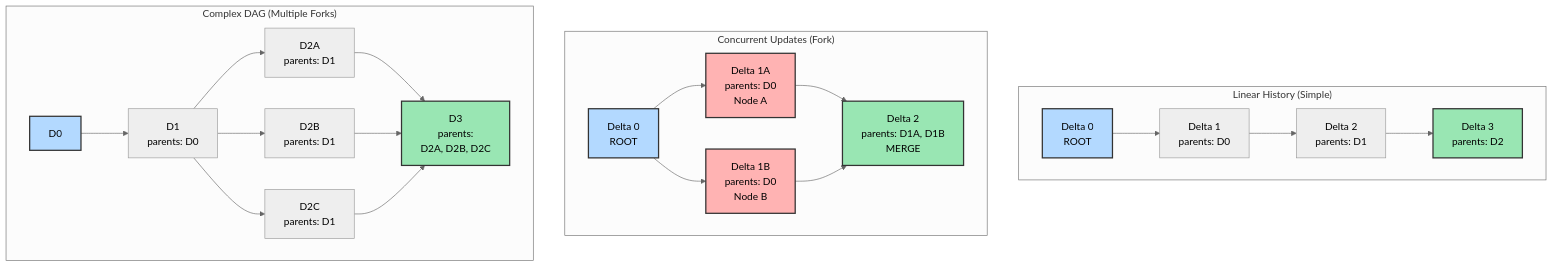
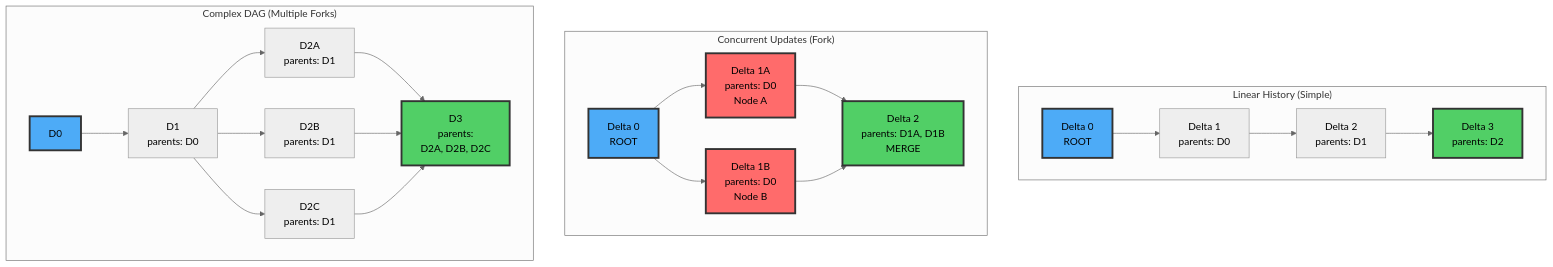
The first of 7 diagrams in crates/dag/README.md (calimero-network/core), drawn with Mermaid (neutral theme) before and after one commit. The commit also changed other lines of this file and 3 other files, not shown here.

First line of the commit message:
docs: improve mermaid diagram accessibility with high-contrast colors

````diff
--- a/crates/dag/README.md
+++ b/crates/dag/README.md
@@ -21,49 +21,49 @@
 ```mermaid
 graph TB
     subgraph "Linear History (Simple)"
         L0[Delta 0<br/>ROOT]
         L1[Delta 1<br/>parents: D0]
         L2[Delta 2<br/>parents: D1]
         L3[Delta 3<br/>parents: D2]
         
         L0 --> L1 --> L2 --> L3
     end
     
     subgraph "Concurrent Updates (Fork)"
         F0[Delta 0<br/>ROOT]
         F1A[Delta 1A<br/>parents: D0<br/>Node A]
         F1B[Delta 1B<br/>parents: D0<br/>Node B]
         F2[Delta 2<br/>parents: D1A, D1B<br/>MERGE]
         
         F0 --> F1A
         F0 --> F1B
         F1A --> F2
         F1B --> F2
     end
     
     subgraph "Complex DAG (Multiple Forks)"
         C0[D0]
         C1[D1<br/>parents: D0]
         C2A[D2A<br/>parents: D1]
         C2B[D2B<br/>parents: D1]
         C2C[D2C<br/>parents: D1]
         C3[D3<br/>parents:<br/>D2A, D2B, D2C]
         
         C0 --> C1
         C1 --> C2A
         C1 --> C2B
         C1 --> C2C
         C2A --> C3
         C2B --> C3
         C2C --> C3
     end
     
-    style L0 fill:#b3d9ff,stroke:#333,stroke-width:2px,color:#000
-    style L3 fill:#99e6b3,stroke:#333,stroke-width:2px,color:#000
-    style F0 fill:#b3d9ff,stroke:#333,stroke-width:2px,color:#000
-    style F1A fill:#ffb3b3,stroke:#333,stroke-width:2px,color:#000
-    style F1B fill:#ffb3b3,stroke:#333,stroke-width:2px,color:#000
-    style F2 fill:#99e6b3,stroke:#333,stroke-width:2px,color:#000
-    style C0 fill:#b3d9ff,stroke:#333,stroke-width:2px,color:#000
-    style C3 fill:#99e6b3,stroke:#333,stroke-width:2px,color:#000
+    style L0 fill:#4DABF7,stroke:#333,stroke-width:3px,color:#000
+    style L3 fill:#51CF66,stroke:#333,stroke-width:3px,color:#000
+    style F0 fill:#4DABF7,stroke:#333,stroke-width:3px,color:#000
+    style F1A fill:#FF6B6B,stroke:#333,stroke-width:3px,color:#000
+    style F1B fill:#FF6B6B,stroke:#333,stroke-width:3px,color:#000
+    style F2 fill:#51CF66,stroke:#333,stroke-width:3px,color:#000
+    style C0 fill:#4DABF7,stroke:#333,stroke-width:3px,color:#000
+    style C3 fill:#51CF66,stroke:#333,stroke-width:3px,color:#000
 ```
````
